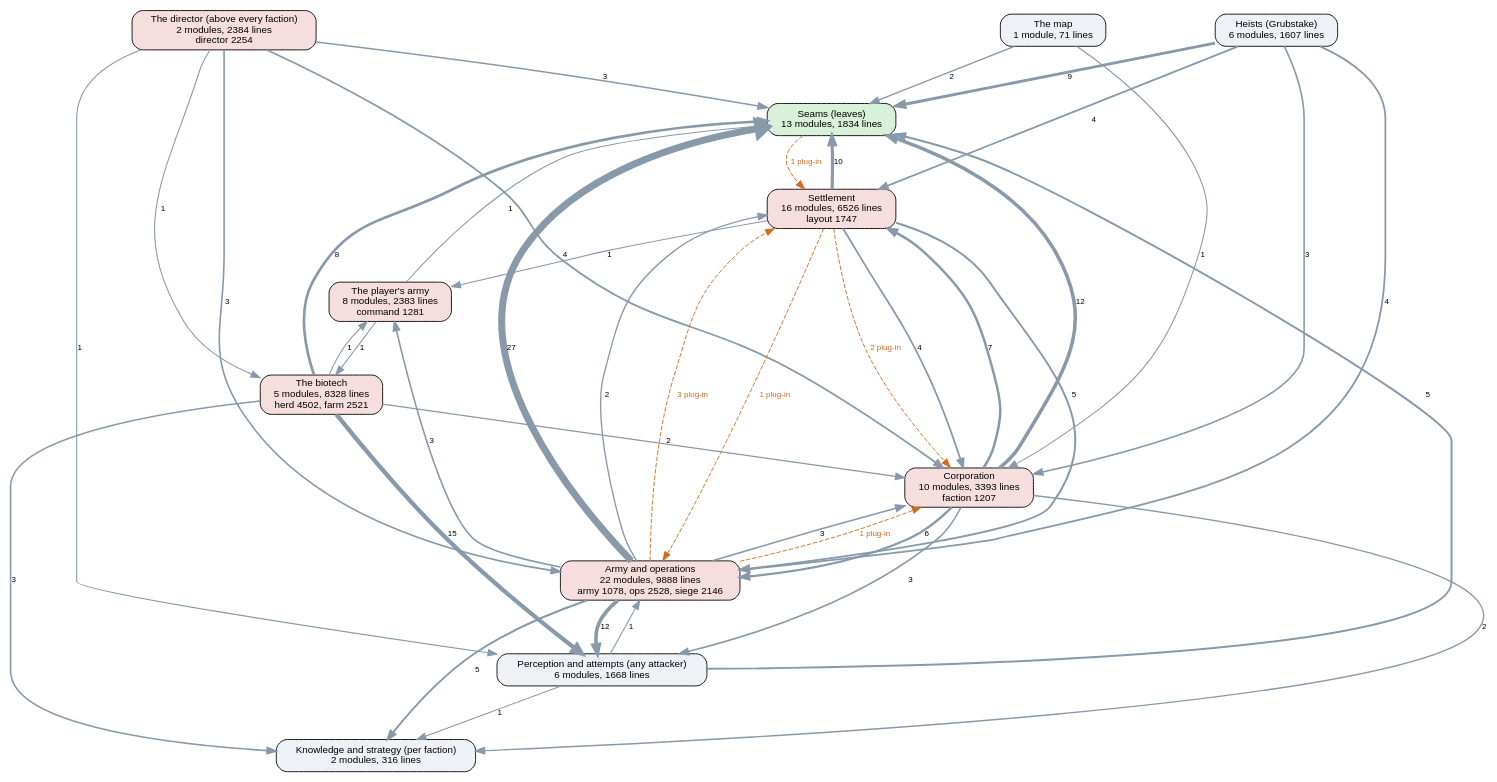
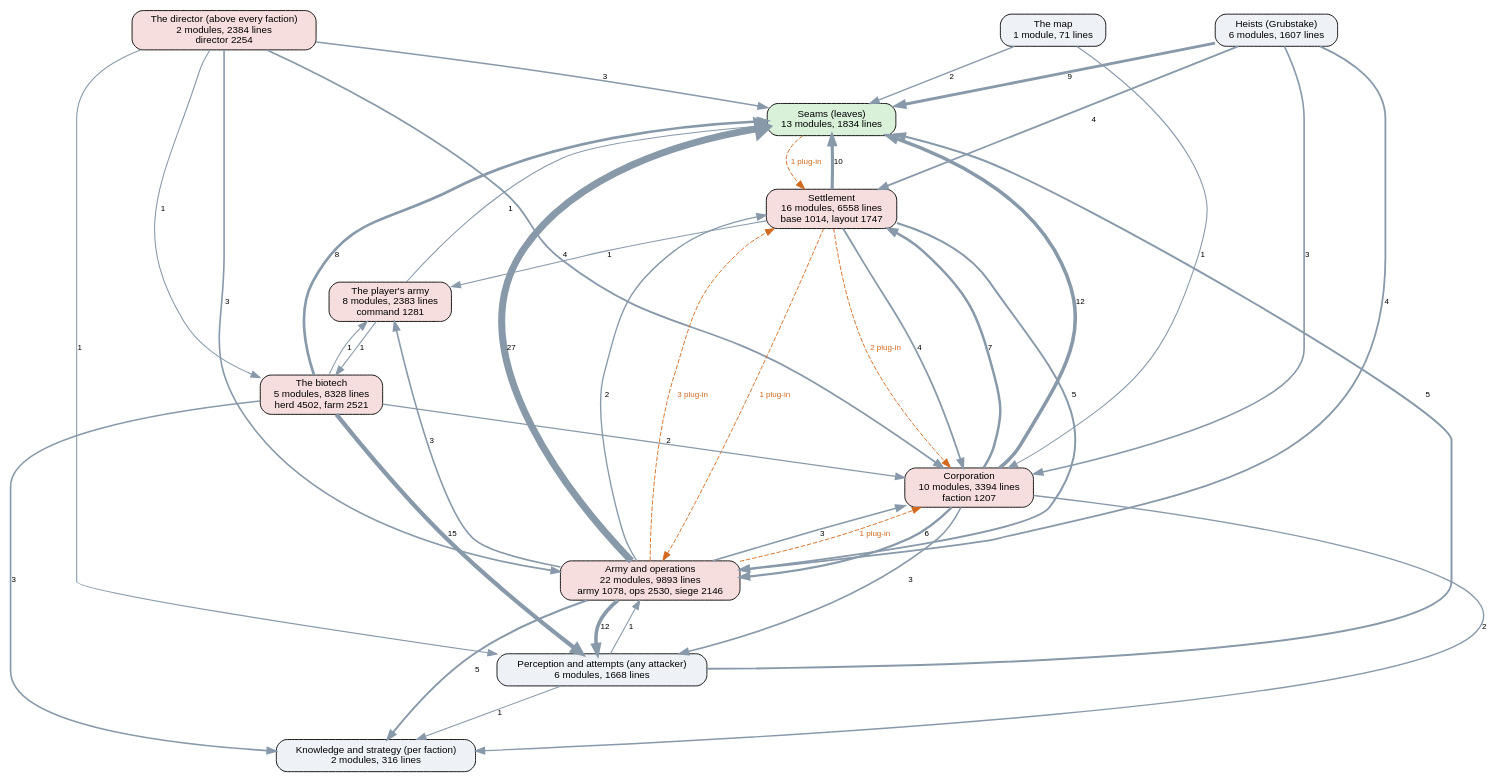
One commit to kinelhu/landing-party changed the diagram in docs/ai-layers.dot. Above: the diagram before and after it, drawn with Graphviz. The commit also changed 14 other files, not shown here.

```diff
--- a/docs/ai-layers.dot
+++ b/docs/ai-layers.dot
@@ -1,57 +1,57 @@
 digraph layers {
   graph [rankdir=TB, fontname="Helvetica", nodesep=0.5, ranksep=0.7];
   node [shape=box, style="rounded,filled", fontname="Helvetica", fontsize=11, fillcolor="#eef2f7"];
   edge [color="#8899aa", fontname="Helvetica", fontsize=9];
   "Seams (leaves)" [label="Seams (leaves)\n13 modules, 1834 lines", fillcolor="#d9f0d9"];
   "Perception and attempts (any attacker)" [label="Perception and attempts (any attacker)\n6 modules, 1668 lines", fillcolor="#eef2f7"];
   "Knowledge and strategy (per faction)" [label="Knowledge and strategy (per faction)\n2 modules, 316 lines", fillcolor="#eef2f7"];
   "The director (above every faction)" [label="The director (above every faction)\n2 modules, 2384 lines\ndirector 2254", fillcolor="#f7dede"];
-  "Corporation" [label="Corporation\n10 modules, 3393 lines\nfaction 1207", fillcolor="#f7dede"];
-  "Settlement" [label="Settlement\n16 modules, 6526 lines\nlayout 1747", fillcolor="#f7dede"];
-  "Army and operations" [label="Army and operations\n22 modules, 9888 lines\narmy 1078, ops 2528, siege 2146", fillcolor="#f7dede"];
+  "Corporation" [label="Corporation\n10 modules, 3394 lines\nfaction 1207", fillcolor="#f7dede"];
+  "Settlement" [label="Settlement\n16 modules, 6558 lines\nbase 1014, layout 1747", fillcolor="#f7dede"];
+  "Army and operations" [label="Army and operations\n22 modules, 9893 lines\narmy 1078, ops 2530, siege 2146", fillcolor="#f7dede"];
   "Heists (Grubstake)" [label="Heists (Grubstake)\n6 modules, 1607 lines", fillcolor="#eef2f7"];
   "The biotech" [label="The biotech\n5 modules, 8328 lines\nherd 4502, farm 2521", fillcolor="#f7dede"];
   "The map" [label="The map\n1 module, 71 lines", fillcolor="#eef2f7"];
   "The player's army" [label="The player's army\n8 modules, 2383 lines\ncommand 1281", fillcolor="#f7dede"];
   "Army and operations" -> "Corporation" [label="3", penwidth=1.8];
   "Army and operations" -> "Knowledge and strategy (per faction)" [label="5", penwidth=2.2];
   "Army and operations" -> "Perception and attempts (any attacker)" [label="12", penwidth=4.0];
   "Army and operations" -> "Seams (leaves)" [label="27", penwidth=7.8];
   "Army and operations" -> "Settlement" [label="2", penwidth=1.5];
   "Army and operations" -> "The player's army" [label="3", penwidth=1.8];
   "Corporation" -> "Army and operations" [label="6", penwidth=2.5];
   "Corporation" -> "Knowledge and strategy (per faction)" [label="2", penwidth=1.5];
   "Corporation" -> "Perception and attempts (any attacker)" [label="3", penwidth=1.8];
   "Corporation" -> "Seams (leaves)" [label="12", penwidth=4.0];
   "Corporation" -> "Settlement" [label="7", penwidth=2.8];
   "Heists (Grubstake)" -> "Army and operations" [label="4", penwidth=2.0];
   "Heists (Grubstake)" -> "Corporation" [label="3", penwidth=1.8];
   "Heists (Grubstake)" -> "Seams (leaves)" [label="9", penwidth=3.2];
   "Heists (Grubstake)" -> "Settlement" [label="4", penwidth=2.0];
   "Perception and attempts (any attacker)" -> "Army and operations" [label="1", penwidth=1.2];
   "Perception and attempts (any attacker)" -> "Knowledge and strategy (per faction)" [label="1", penwidth=1.2];
   "Perception and attempts (any attacker)" -> "Seams (leaves)" [label="5", penwidth=2.2];
   "Settlement" -> "Army and operations" [label="5", penwidth=2.2];
   "Settlement" -> "Corporation" [label="4", penwidth=2.0];
   "Settlement" -> "Seams (leaves)" [label="10", penwidth=3.5];
   "Settlement" -> "The player's army" [label="1", penwidth=1.2];
   "The biotech" -> "Corporation" [label="2", penwidth=1.5];
   "The biotech" -> "Knowledge and strategy (per faction)" [label="3", penwidth=1.8];
   "The biotech" -> "Perception and attempts (any attacker)" [label="15", penwidth=4.8];
   "The biotech" -> "Seams (leaves)" [label="8", penwidth=3.0];
   "The biotech" -> "The player's army" [label="1", penwidth=1.2];
   "The director (above every faction)" -> "Army and operations" [label="3", penwidth=1.8];
   "The director (above every faction)" -> "Corporation" [label="4", penwidth=2.0];
   "The director (above every faction)" -> "Perception and attempts (any attacker)" [label="1", penwidth=1.2];
   "The director (above every faction)" -> "Seams (leaves)" [label="3", penwidth=1.8];
   "The director (above every faction)" -> "The biotech" [label="1", penwidth=1.2];
   "The map" -> "Corporation" [label="1", penwidth=1.2];
   "The map" -> "Seams (leaves)" [label="2", penwidth=1.5];
   "The player's army" -> "Seams (leaves)" [label="1", penwidth=1.2];
   "The player's army" -> "The biotech" [label="1", penwidth=1.2];
   "Army and operations" -> "Corporation" [style=dashed, color="#d2691e", fontcolor="#d2691e", label="1 plug-in"];
   "Army and operations" -> "Settlement" [style=dashed, color="#d2691e", fontcolor="#d2691e", label="3 plug-in"];
   "Seams (leaves)" -> "Settlement" [style=dashed, color="#d2691e", fontcolor="#d2691e", label="1 plug-in"];
   "Settlement" -> "Army and operations" [style=dashed, color="#d2691e", fontcolor="#d2691e", label="1 plug-in"];
   "Settlement" -> "Corporation" [style=dashed, color="#d2691e", fontcolor="#d2691e", label="2 plug-in"];
 }
```
